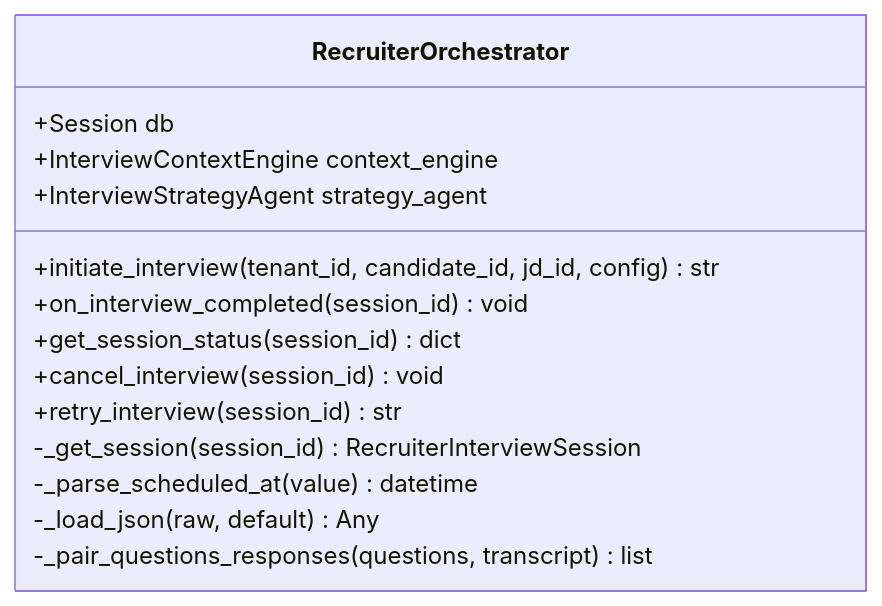
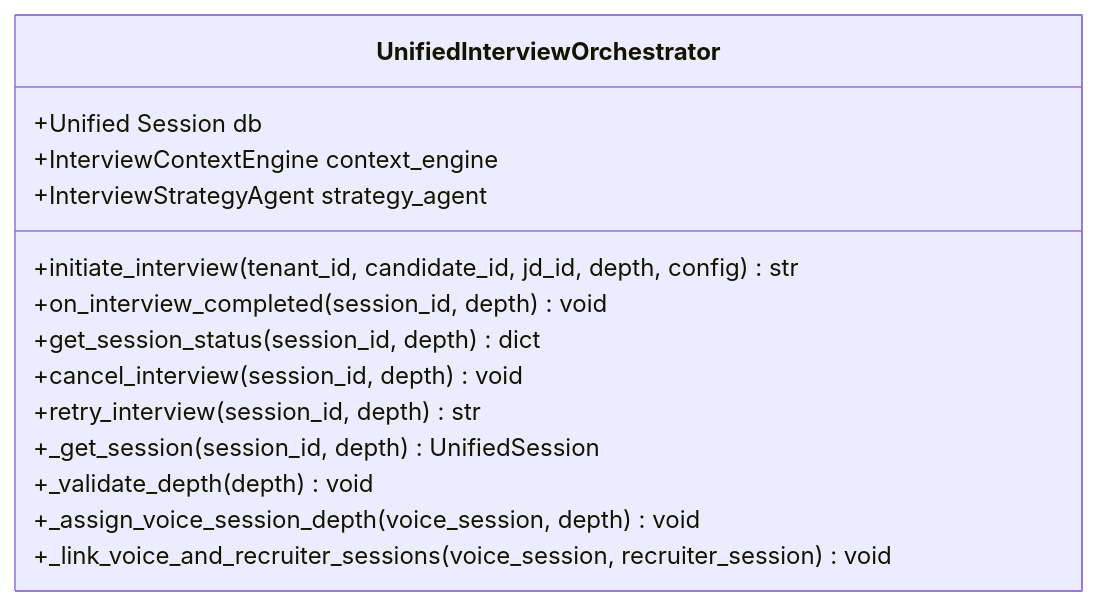
The fourth of 5 diagrams in .qoder/repowiki/en/content/API Reference/Voice Screening System/AI Recruiter Module.md (Revanththetalogics/aireume), drawn with Mermaid before and after one commit. The commit also changed other lines of this file and 32 other files, not shown here.

````diff
--- a/.qoder/repowiki/en/content/API Reference/Voice Screening System/AI Recruiter Module.md
+++ b/.qoder/repowiki/en/content/API Reference/Voice Screening System/AI Recruiter Module.md
@@ -160,17 +245,17 @@
 ```mermaid
 classDiagram
-class RecruiterOrchestrator {
-+Session db
+class UnifiedInterviewOrchestrator {
++Unified Session db
 +InterviewContextEngine context_engine
 +InterviewStrategyAgent strategy_agent
-+initiate_interview(tenant_id, candidate_id, jd_id, config) str
-+on_interview_completed(session_id) void
-+get_session_status(session_id) dict
-+cancel_interview(session_id) void
-+retry_interview(session_id) str
--_get_session(session_id) RecruiterInterviewSession
--_parse_scheduled_at(value) datetime
--_load_json(raw, default) Any
--_pair_questions_responses(questions, transcript) list
++initiate_interview(tenant_id, candidate_id, jd_id, depth, config) str
++on_interview_completed(session_id, depth) void
++get_session_status(session_id, depth) dict
++cancel_interview(session_id, depth) void
++retry_interview(session_id, depth) str
++_get_session(session_id, depth) UnifiedSession
++_validate_depth(depth) void
++_assign_voice_session_depth(voice_session, depth) void
++_link_voice_and_recruiter_sessions(voice_session, recruiter_session) void
 }
 ```
````
